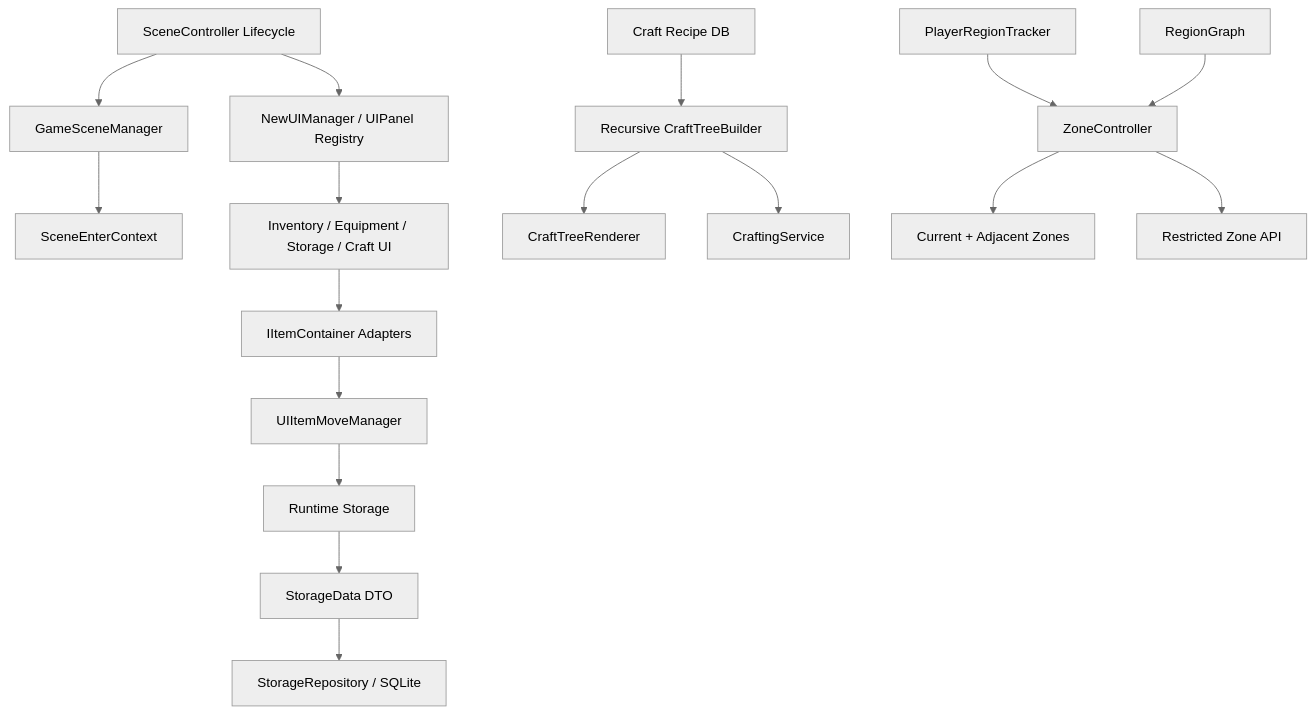
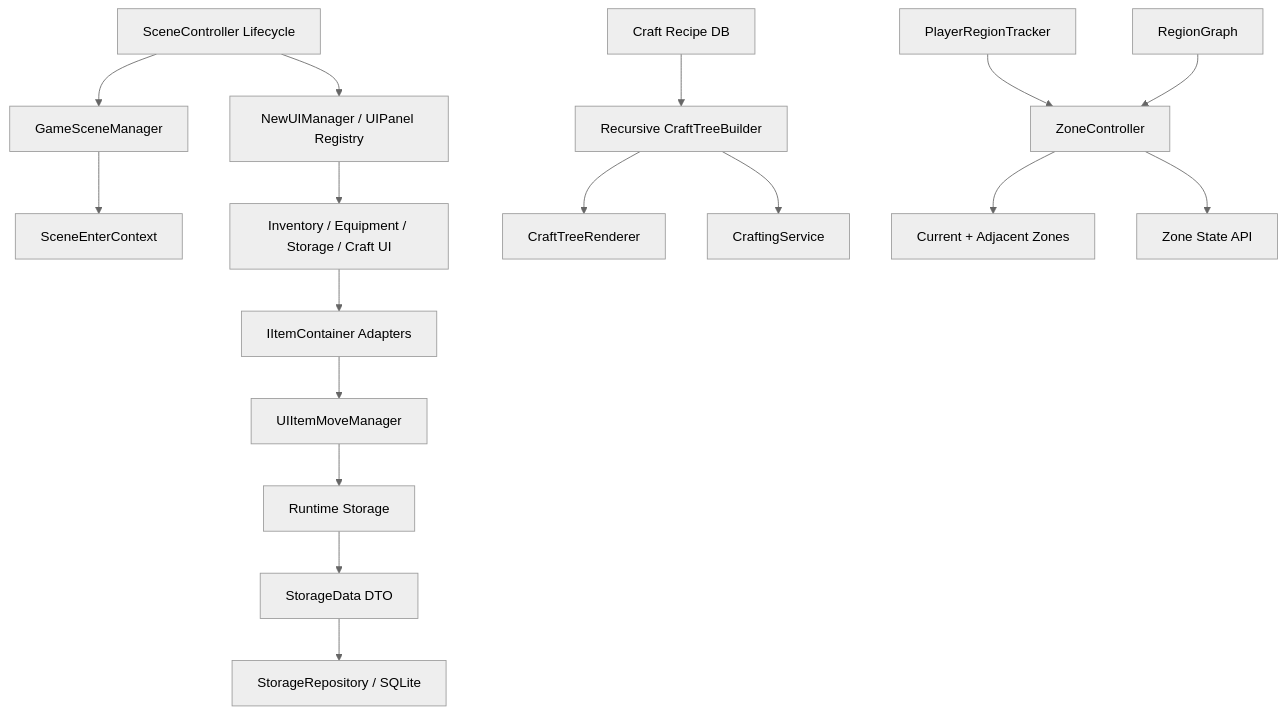
Before and after one commit to SJ97p/EscapeFromEternalReturn-CodeMap: the diagram in docs/architecture.md, drawn with Mermaid (neutral theme). The commit also changed other lines of this file and 16 other files, not shown here.

````diff
--- a/docs/architecture.md
+++ b/docs/architecture.md
@@ -9,22 +9,22 @@
 ```mermaid
 flowchart TD
     Scene[SceneController Lifecycle] --> Manager[GameSceneManager]
     Manager --> Context[SceneEnterContext]
     Scene --> UI[NewUIManager / UIPanel Registry]
     UI --> Panels[Inventory / Equipment / Storage / Craft UI]
 
     Recipe[Craft Recipe DB] --> Tree[Recursive CraftTreeBuilder]
     Tree --> CraftUI[CraftTreeRenderer]
     Tree --> CraftService[CraftingService]
 
     Panels --> Container[IItemContainer Adapters]
     Container --> Move[UIItemMoveManager]
     Move --> Storage[Runtime Storage]
     Storage --> DTO[StorageData DTO]
     DTO --> Repo[StorageRepository / SQLite]
 
     RegionTracker[PlayerRegionTracker] --> ZoneController
     RegionGraph[RegionGraph] --> ZoneController
     ZoneController --> ActiveZones[Current + Adjacent Zones]
-    ZoneController --> ZoneState[Restricted Zone API]
+    ZoneController --> ZoneState[Zone State API]
 ```
````
